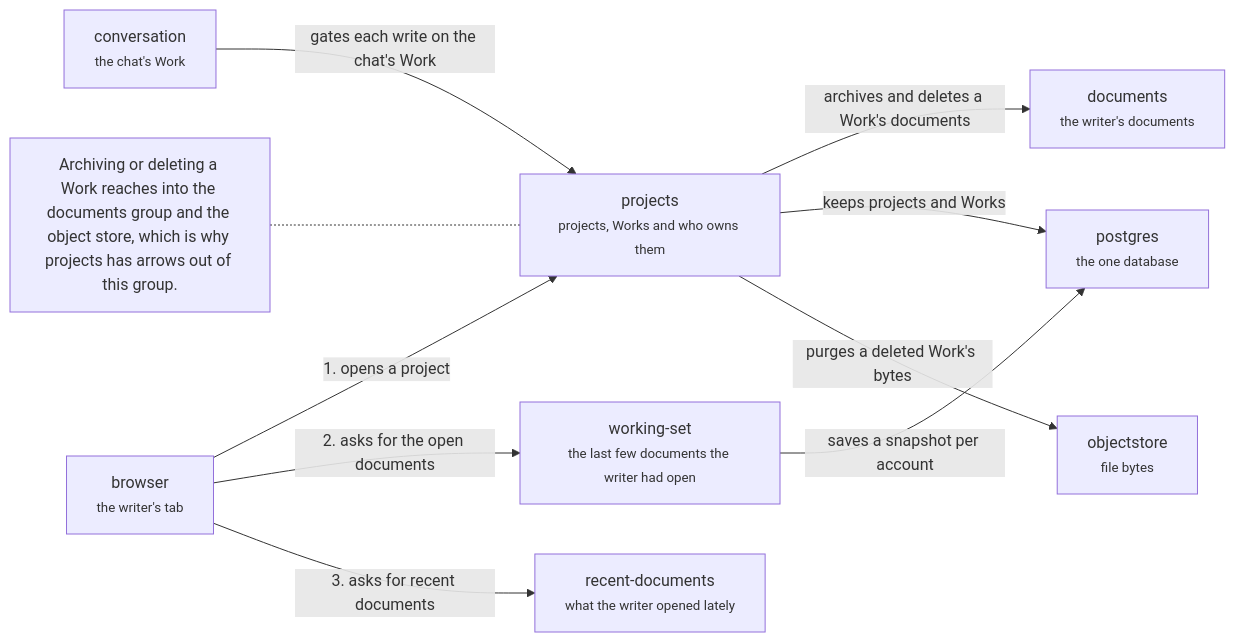
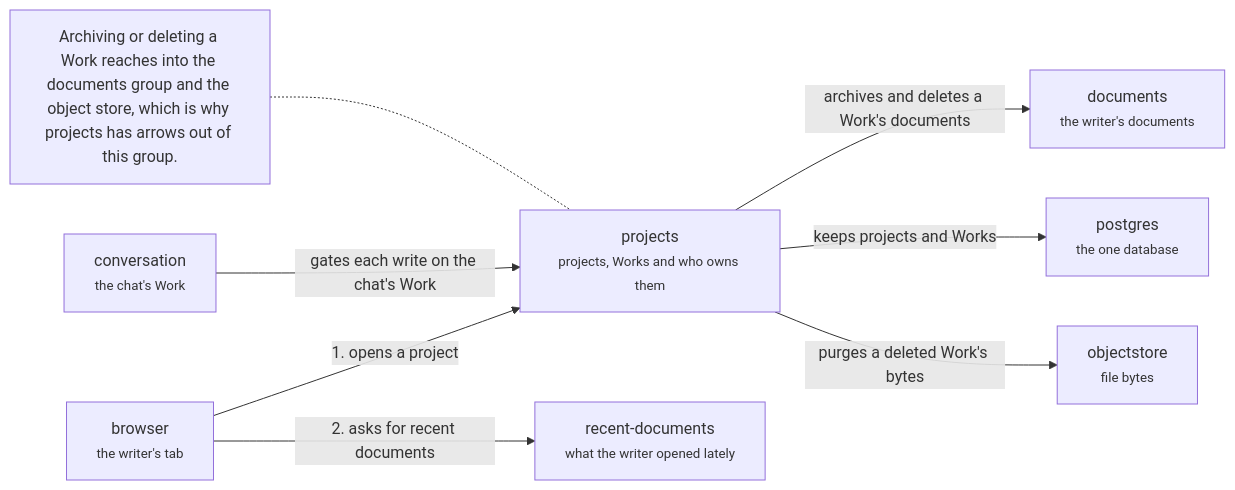
One commit to haowjy/meridian-flow changed the diagram in .context/system-architecture/server-workspace.md. Above: the diagram before and after it, drawn with Mermaid. The commit also changed other lines of this file and 76 other files, not shown here.

First line of the commit message:
Delete the working set and two pieces of dead code

````diff
--- a/.context/system-architecture/server-workspace.md
+++ b/.context/system-architecture/server-workspace.md
@@ -5,21 +5,18 @@
 ```mermaid
 flowchart LR
   projects["projects<br/><small>projects, Works and who owns them</small>"]:::domain
-  working-set["working-set<br/><small>the last few documents the writer had open</small>"]:::domain
   recent-documents["recent-documents<br/><small>what the writer opened lately</small>"]:::domain
   browser["browser<br/><small>the writer's tab</small>"]:::context
   conversation["conversation<br/><small>the chat's Work</small>"]:::context
   documents["documents<br/><small>the writer's documents</small>"]:::context
   postgres["postgres<br/><small>the one database</small>"]:::context
   objectstore["objectstore<br/><small>file bytes</small>"]:::context
   browser -->|"1. opens a project"| projects
-  browser -->|"2. asks for the open documents"| working-set
-  browser -->|"3. asks for recent documents"| recent-documents
+  browser -->|"2. asks for recent documents"| recent-documents
   projects -->|"archives and deletes a Work's documents"| documents
   conversation -->|"gates each write on the chat's Work"| projects
   projects -->|"keeps projects and Works"| postgres
-  working-set -->|"saves a snapshot per account"| postgres
   projects -->|"purges a deleted Work's bytes"| objectstore
   note1["Archiving or deleting a Work reaches into the documents group and the object store, which is why projects has arrows out of this group."]:::note
   note1 -.- projects
 ```
````
